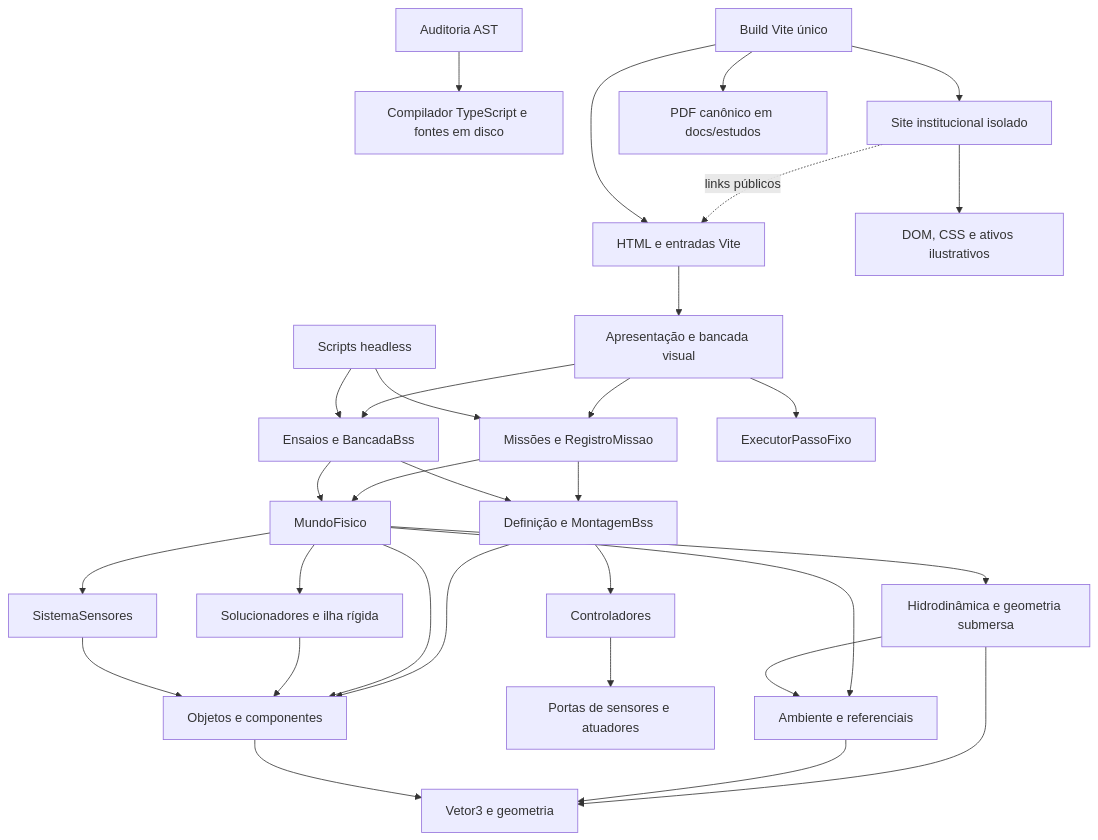
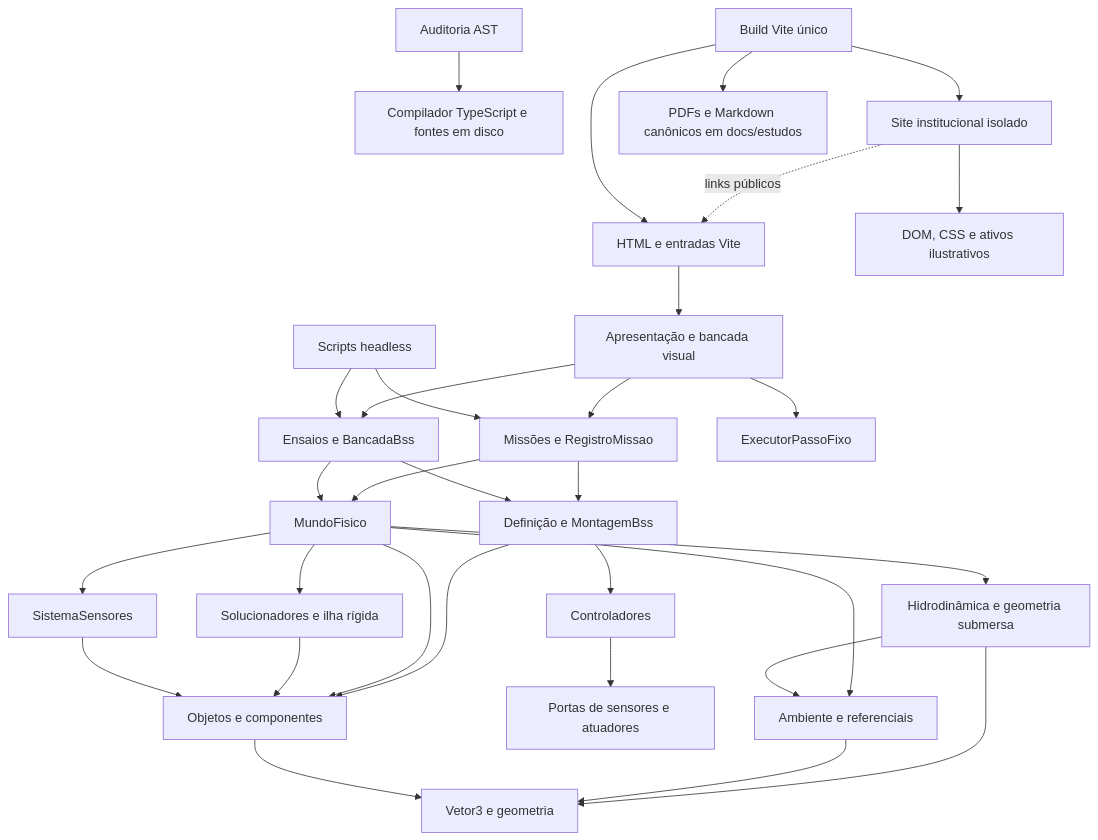
Before and after one commit to evertaraujo-lgtm/blackstarprototipo2: the first of 3 diagrams in docs/arquitetura/MAPA_DO_SISTEMA.md, drawn with Mermaid. The commit also changed other lines of this file and 5 other files, not shown here.

````diff
--- a/docs/arquitetura/MAPA_DO_SISTEMA.md
+++ b/docs/arquitetura/MAPA_DO_SISTEMA.md
@@ -55,33 +55,33 @@
 ```mermaid
 flowchart TD
   HTML[HTML e entradas Vite] --> UI[Apresentação e bancada visual]
   UI --> MIS[Missões e RegistroMissao]
   UI --> ENS[Ensaios e BancadaBss]
   CLI[Scripts headless] --> MIS
   CLI --> ENS
   MIS --> VEH[Definição e MontagemBss]
   ENS --> VEH
   MIS --> WORLD[MundoFisico]
   ENS --> WORLD
   VEH --> OBJ[Objetos e componentes]
   VEH --> CTRL[Controladores]
   CTRL --> PORT[Portas de sensores e atuadores]
   WORLD --> SOL[Solucionadores e ilha rígida]
   WORLD --> ENV[Ambiente e referenciais]
   WORLD --> HYD[Hidrodinâmica e geometria submersa]
   WORLD --> SEN[SistemaSensores]
   WORLD --> OBJ
   SOL --> OBJ
   SEN --> OBJ
   HYD --> ENV
   HYD --> MATH[Vetor3 e geometria]
   ENV --> MATH
   OBJ --> MATH
   UI --> CLOCK[ExecutorPassoFixo]
   AUD[Auditoria AST] --> TS[Compilador TypeScript e fontes em disco]
   INST[Site institucional isolado] --> DOM[DOM, CSS e ativos ilustrativos]
   INST -. links públicos .-> HTML
   VITE[Build Vite único] --> INST
   VITE --> HTML
-  VITE --> PDF[PDF canônico em docs/estudos]
+  VITE --> PDF[PDFs e Markdown canônicos em docs/estudos]
 ```
````
